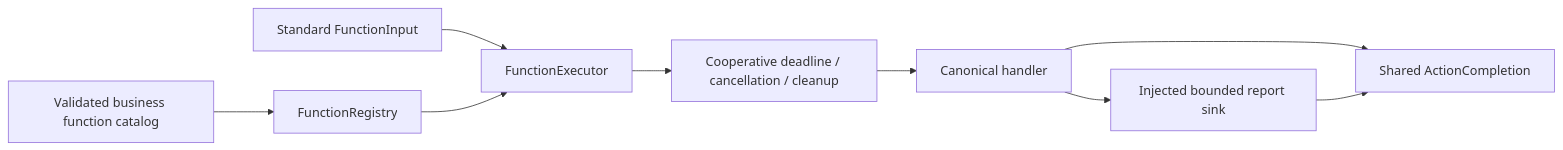
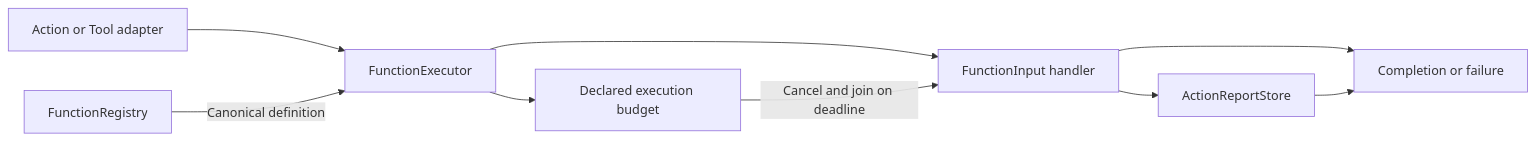
The diagram in MobileHarness/Gateway/Runtime/README.md (devilyouwei/MobileHarness), drawn with Mermaid before and after one commit. The commit also changed other lines of this file and 116 other files, not shown here.

````diff
--- a/MobileHarness/Gateway/Runtime/README.md
+++ b/MobileHarness/Gateway/Runtime/README.md
@@ -9,11 +15,11 @@
 ```mermaid
 flowchart LR
-    Catalog[Validated business function catalog] --> Registry[FunctionRegistry]
-    Input[Standard FunctionInput] --> Executor[FunctionExecutor]
-    Registry --> Executor
-    Executor --> Lifetime[Cooperative deadline / cancellation / cleanup]
-    Lifetime --> Handler[Canonical handler]
-    Handler --> Report[Injected bounded report sink]
-    Handler --> Completion[Shared ActionCompletion]
-    Report --> Completion
+ Caller[Action or Tool adapter] --> Executor[FunctionExecutor]
+ Registry[FunctionRegistry] -->|Canonical definition| Executor
+ Executor --> Budget[Declared execution budget]
+ Executor --> Handler[FunctionInput handler]
+ Handler --> Report[ActionReportStore]
+ Handler --> Outcome[Completion or failure]
+ Report --> Outcome
+ Budget -->|Cancel and join on deadline| Handler
 ```
````
